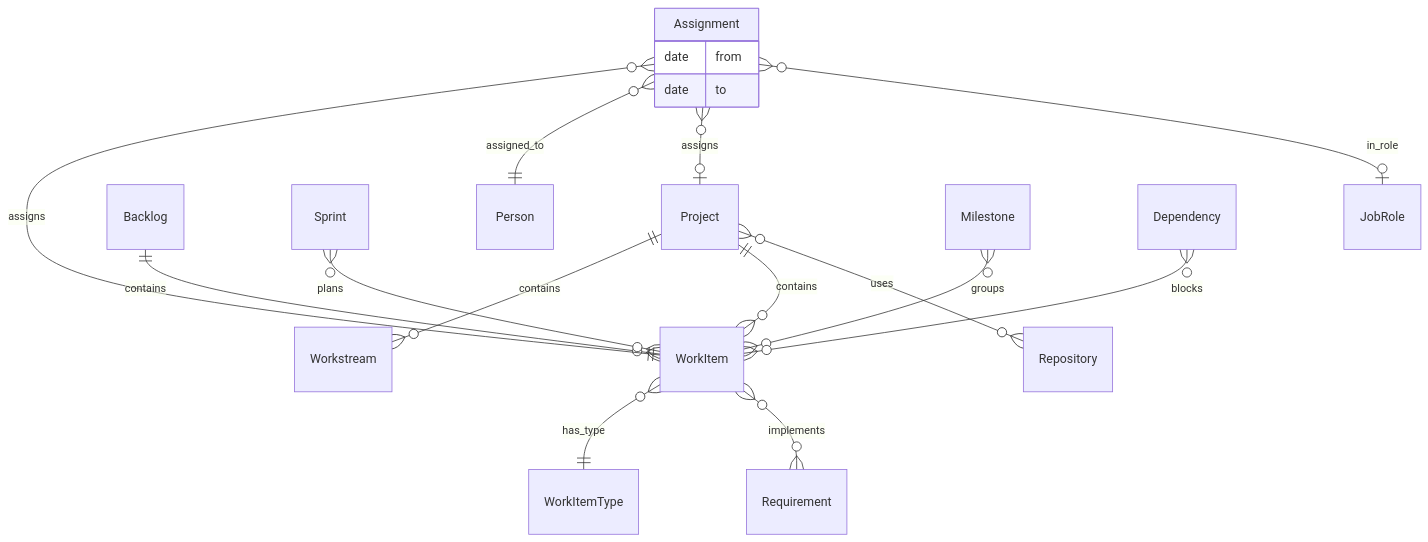
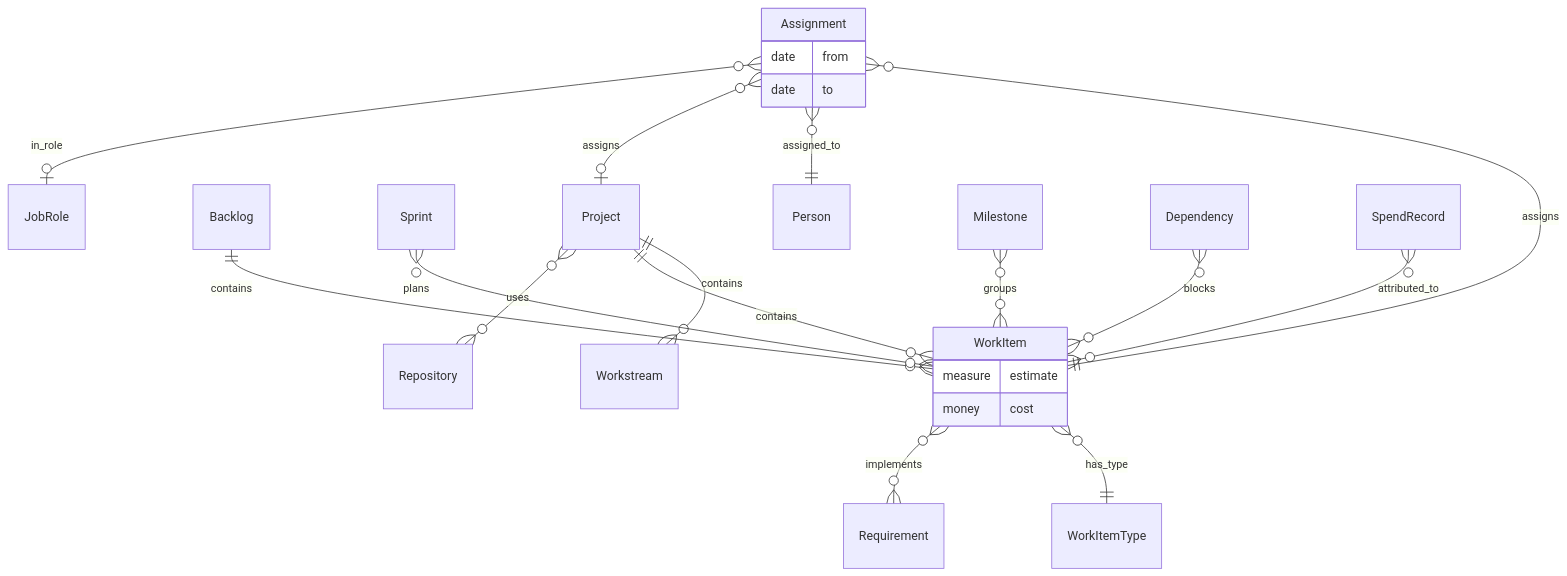
Before and after one commit to maxvydrin/vision: diagram 12 of 12 in SOFTWARE_ORGANIZATION_DOMAIN_MODEL.md, drawn with Mermaid. The commit also changed other lines of this file and 4 other files, not shown here.

````diff
--- a/SOFTWARE_ORGANIZATION_DOMAIN_MODEL.md
+++ b/SOFTWARE_ORGANIZATION_DOMAIN_MODEL.md
@@ -821,20 +842,25 @@
 ```mermaid
 erDiagram
     Project ||--o{ Workstream : "contains"
     Project ||--o{ WorkItem : "contains"
     Backlog ||--o{ WorkItem : "contains"
     Sprint }o--o{ WorkItem : "plans"
     WorkItem }o--|| WorkItemType : "has_type"
     Assignment }o--|| WorkItem : "assigns"
     Assignment }o--|| Person : "assigned_to"
     Assignment }o--o| Project : "assigns"
     Assignment }o--o| JobRole : "in_role"
     Milestone }o--o{ WorkItem : "groups"
     Dependency }o--o{ WorkItem : "blocks"
     WorkItem }o--o{ Requirement : "implements"
     Project }o--o{ Repository : "uses"
+    SpendRecord }o--o{ WorkItem : "attributed_to"
     Assignment {
         date from
         date to
     }
+    WorkItem {
+        measure estimate
+        money cost
+    }
 ```
````
